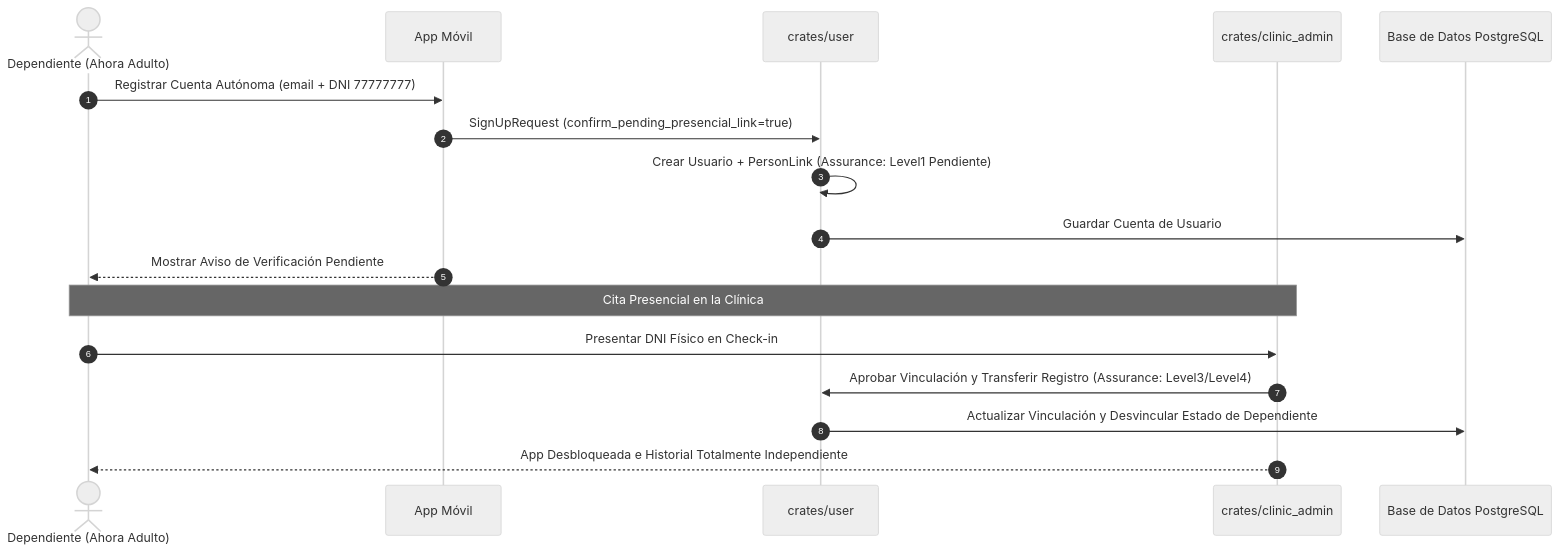
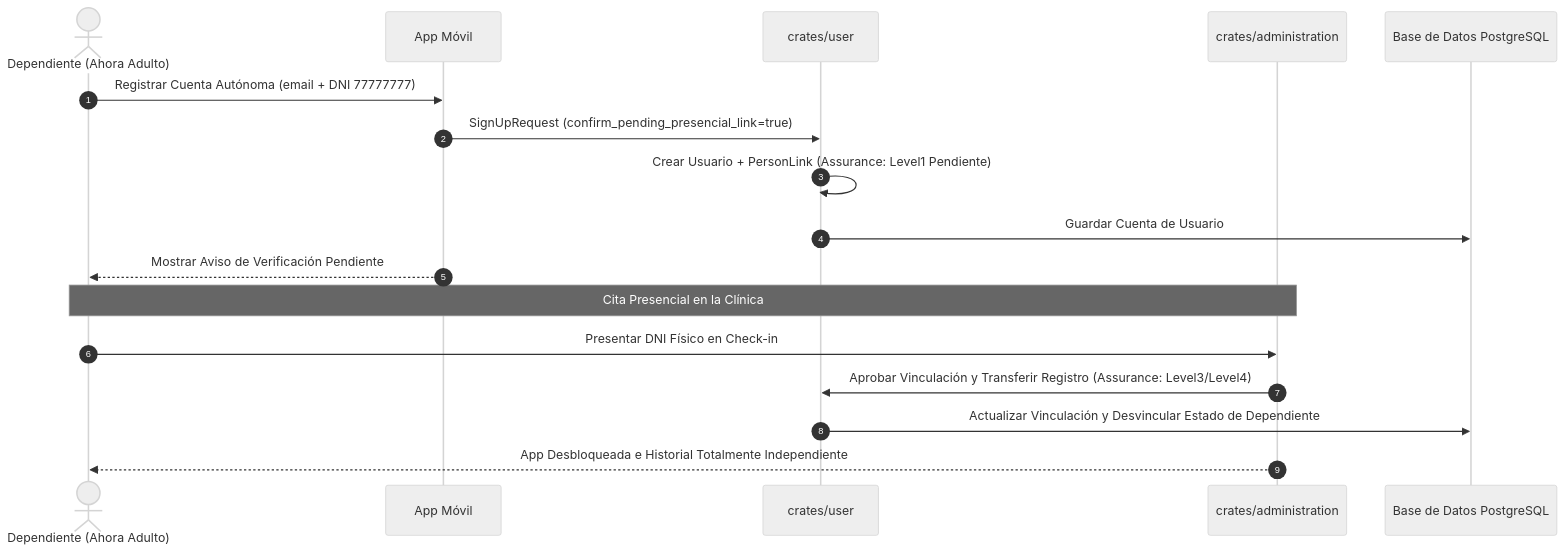
One commit to mamba-black/my-health-record changed the sixth of 19 diagrams in backend/AGENTS.md. Above: the diagram before and after it, drawn with Mermaid (neutral theme). The commit also changed other lines of this file and 1 other file, not shown here.

````diff
--- a/backend/AGENTS.md
+++ b/backend/AGENTS.md
@@ -173,21 +374,21 @@
 ```mermaid
 sequenceDiagram
     autonumber
     actor Child as Dependiente (Ahora Adulto)
     participant App as App Móvil
     participant UserDomain as crates/user
-    participant AdminDomain as crates/clinic_admin
+    participant AdminDomain as crates/administration
     participant DB as Base de Datos PostgreSQL
 
     Child->>App: Registrar Cuenta Autónoma (email + DNI 77777777)
     App->>UserDomain: SignUpRequest (confirm_pending_presencial_link=true)
     UserDomain->>UserDomain: Crear Usuario + PersonLink (Assurance: Level1 Pendiente)
     UserDomain->>DB: Guardar Cuenta de Usuario
     App-->>Child: Mostrar Aviso de Verificación Pendiente
 
     Note over Child, AdminDomain: Cita Presencial en la Clínica
     Child->>AdminDomain: Presentar DNI Físico en Check-in
     AdminDomain->>UserDomain: Aprobar Vinculación y Transferir Registro (Assurance: Level3/Level4)
     UserDomain->>DB: Actualizar Vinculación y Desvincular Estado de Dependiente
     AdminDomain-->>Child: App Desbloqueada e Historial Totalmente Independiente
 ```
````
